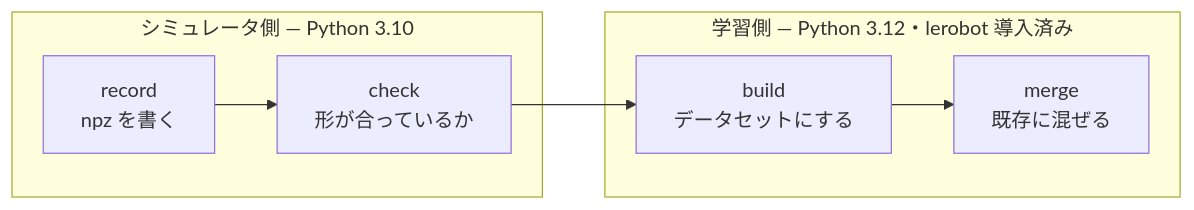
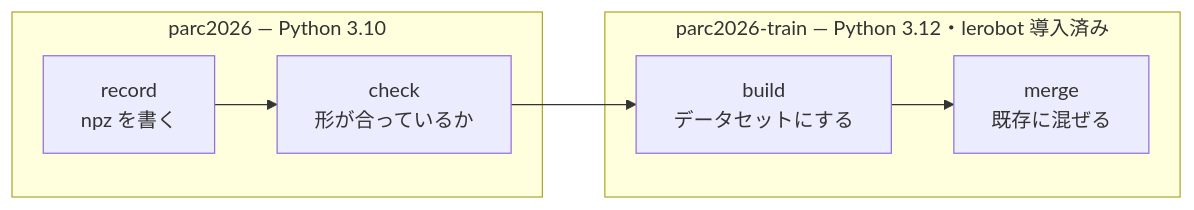
The second of 2 diagrams in docs/strategy/06_scripted_demos.md (siruku6/PARC2026_pre), drawn with Mermaid before and after one commit. The commit also changed other lines of this file and 3 other files, not shown here.

````diff
--- a/docs/strategy/06_scripted_demos.md
+++ b/docs/strategy/06_scripted_demos.md
@@ -189,10 +196,10 @@
 ```mermaid
 flowchart LR
-    subgraph SIM["シミュレータ側 — Python 3.10"]
+    subgraph SIM["parc2026 — Python 3.10"]
         R["record<br/>npz を書く"] --> C["check<br/>形が合っているか"]
     end
-    subgraph TRAIN["学習側 — Python 3.12・lerobot 導入済み"]
+    subgraph TRAIN["parc2026-train — Python 3.12・lerobot 導入済み"]
         B["build<br/>データセットにする"] --> M["merge<br/>既存に混ぜる"]
     end
     C --> B
 ```
````
